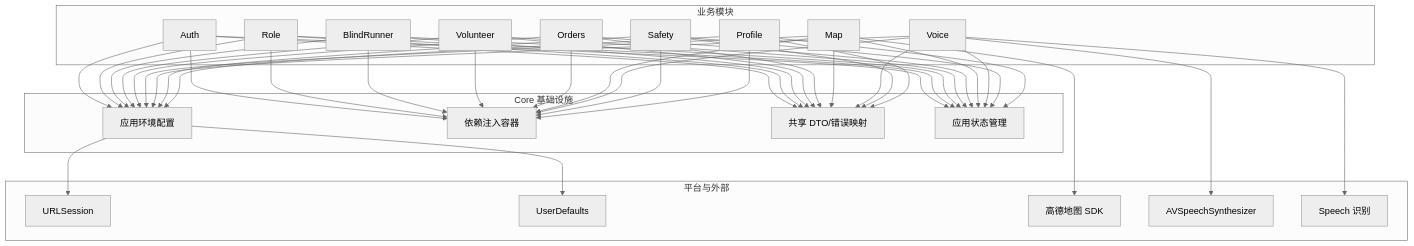
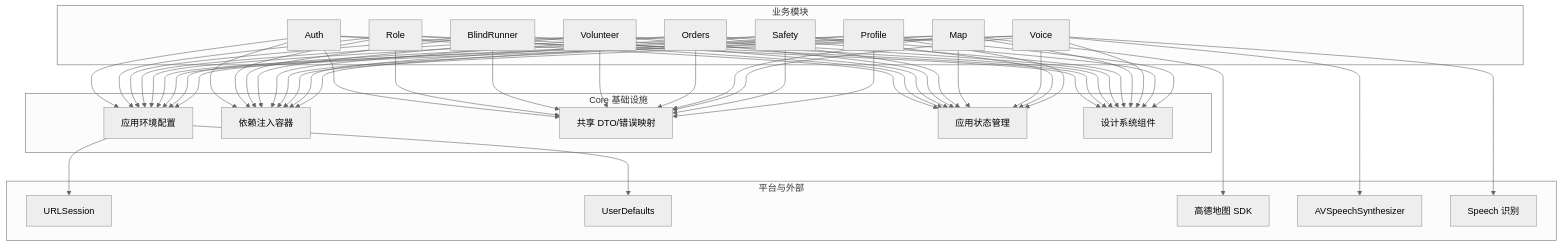
One commit to Jayden23018/blind-run-ios changed the second of 3 diagrams in .qoder/repowiki/zh/content/架构设计/模块化架构设计/Core 核心模块.md. Above: the diagram before and after it, drawn with Mermaid (neutral theme). The commit also changed other lines of this file and 35 other files, not shown here.

Commit message:
Implement backend auth and role-switch flow

````diff
--- a/.qoder/repowiki/zh/content/架构设计/模块化架构设计/Core 核心模块.md
+++ b/.qoder/repowiki/zh/content/架构设计/模块化架构设计/Core 核心模块.md
@@ -152,68 +186,78 @@
 ```mermaid
 graph TB
 subgraph "平台与外部"
 Net["URLSession"]
 Store["UserDefaults"]
 AMap["高德地图 SDK"]
 TTS["AVSpeechSynthesizer"]
 Speech["Speech 识别"]
 end
 subgraph "Core 基础设施"
 Env["应用环境配置"]
 DI["依赖注入容器"]
 DTO["共享 DTO/错误映射"]
 State["应用状态管理"]
+DS["设计系统组件"]
 end
 subgraph "业务模块"
 Auth["Auth"]
 Role["Role"]
 BR["BlindRunner"]
 Vol["Volunteer"]
 Ord["Orders"]
 Map["Map"]
 Voice["Voice"]
 Safe["Safety"]
 Prof["Profile"]
 end
 Auth --> Env
 Role --> Env
 BR --> Env
 Vol --> Env
 Ord --> Env
 Map --> Env
 Voice --> Env
 Safe --> Env
 Prof --> Env
 Auth --> DI
 Role --> DI
 BR --> DI
 Vol --> DI
 Ord --> DI
 Map --> DI
 Voice --> DI
 Safe --> DI
 Prof --> DI
 Auth --> DTO
 Role --> DTO
 BR --> DTO
 Vol --> DTO
 Ord --> DTO
 Map --> DTO
 Voice --> DTO
 Safe --> DTO
 Prof --> DTO
 Auth --> State
 Role --> State
 BR --> State
 Vol --> State
 Ord --> State
 Map --> State
 Voice --> State
 Safe --> State
 Prof --> State
+Auth --> DS
+Role --> DS
+BR --> DS
+Vol --> DS
+Ord --> DS
+Map --> DS
+Voice --> DS
+Safe --> DS
+Prof --> DS
 Env --> Net
 Env --> Store
 Map --> AMap
 Voice --> TTS
 Voice --> Speech
 ```
````
